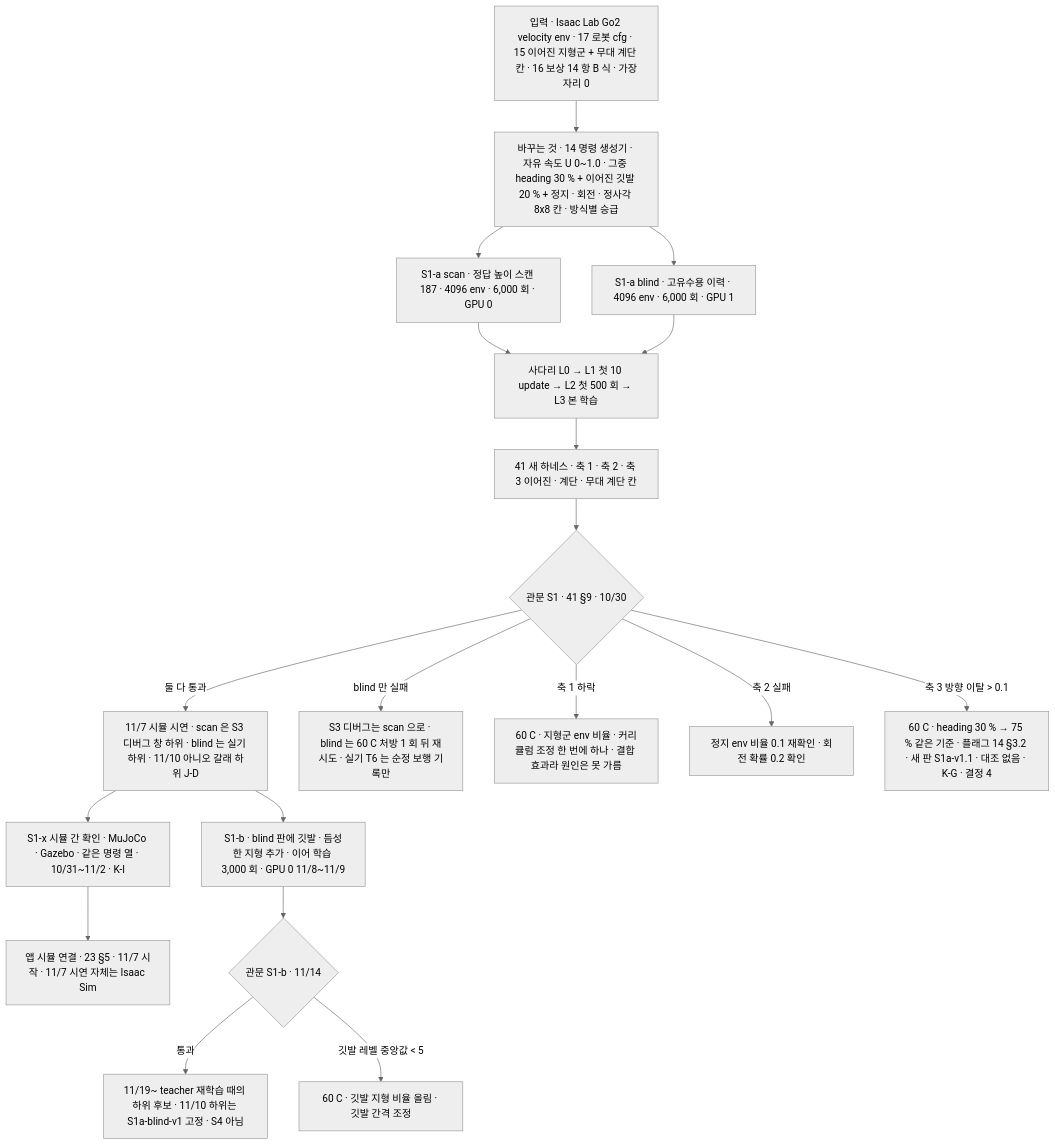
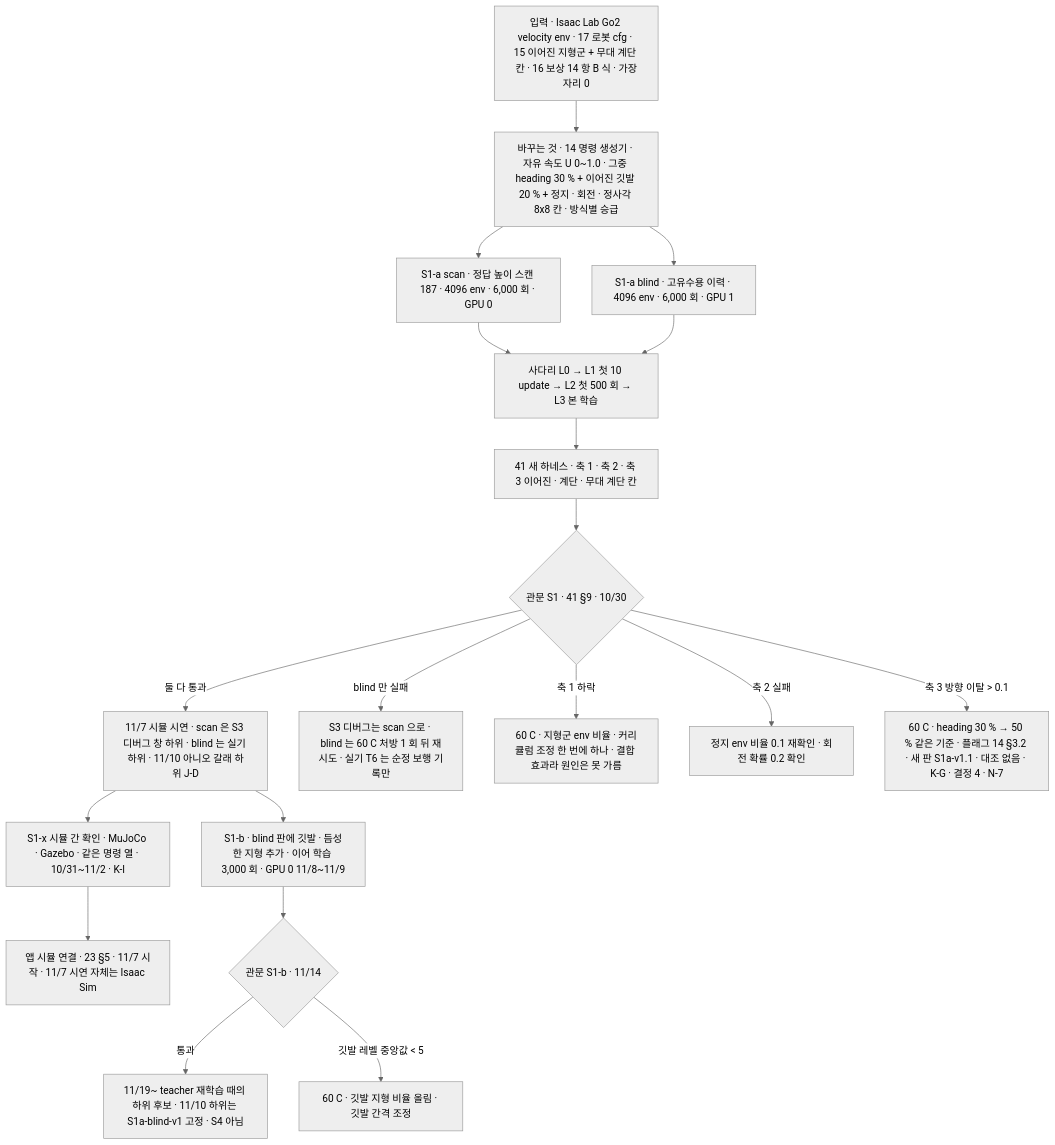
Before and after one commit to foothold-project/foothold-lab: the diagram in inbox/jay/20261019-design/52-S1-OPEN-COMMAND.md, drawn with Mermaid (neutral theme). The commit also changed other lines of this file and 19 other files, not shown here.

````diff
--- a/inbox/jay/20261019-design/52-S1-OPEN-COMMAND.md
+++ b/inbox/jay/20261019-design/52-S1-OPEN-COMMAND.md
@@ -15,21 +15,21 @@
 ```mermaid
 flowchart TB
   IN[입력 · Isaac Lab Go2 velocity env · 17 로봇 cfg · 15 이어진 지형군 + 무대 계단 칸 · 16 보상 14 항 B 식 · 가장자리 0] --> CH[바꾸는 것 · 14 명령 생성기 · 자유 속도 U 0~1.0 · 그중 heading 30 % + 이어진 깃발 20 % + 정지 · 회전 · 정사각 8x8 칸 · 방식별 승급]
   CH --> V1[S1-a scan · 정답 높이 스캔 187 · 4096 env · 6,000 회 · GPU 0]
   CH --> V2[S1-a blind · 고유수용 이력 · 4096 env · 6,000 회 · GPU 1]
   V1 --> L[사다리 L0 → L1 첫 10 update → L2 첫 500 회 → L3 본 학습]
   V2 --> L
   L --> EV[41 새 하네스 · 축 1 · 축 2 · 축 3 이어진 · 계단 · 무대 계단 칸]
   EV --> G{관문 S1 · 41 §9 · 10/30}
   G -->|둘 다 통과| N1[11/7 시뮬 시연 · scan 은 S3 디버그 창 하위 · blind 는 실기 하위 · 11/10 아니오 갈래 하위 J-D]
   G -->|blind 만 실패| N2[S3 디버그는 scan 으로 · blind 는 60 C 처방 1 회 뒤 재시도 · 실기 T6 는 순정 보행 기록만]
   G -->|축 1 하락| C[60 C · 지형군 env 비율 · 커리큘럼 조정 한 번에 하나 · 결합 효과라 원인은 못 가름]
   G -->|축 2 실패| C2[정지 env 비율 0.1 재확인 · 회전 확률 0.2 확인]
-  G -->|축 3 방향 이탈 > 0.1| CH2[60 C · heading 30 % → 75 % 같은 기준 · 플래그 14 §3.2 · 새 판 S1a-v1.1 · 대조 없음 · K-G · 결정 4]
+  G -->|축 3 방향 이탈 > 0.1| CH2[60 C · heading 30 % → 50 % 같은 기준 · 플래그 14 §3.2 · 새 판 S1a-v1.1 · 대조 없음 · K-G · 결정 4 · N-7]
   N1 --> X[S1-x 시뮬 간 확인 · MuJoCo · Gazebo · 같은 명령 열 · 10/31~11/2 · K-I]
   X --> APPS[앱 시뮬 연결 · 23 §5 · 11/7 시작 · 11/7 시연 자체는 Isaac Sim]
   N1 --> B[S1-b · blind 판에 깃발 · 듬성한 지형 추가 · 이어 학습 3,000 회 · GPU 0 11/8~11/9]
   B --> GB{관문 S1-b · 11/14}
   GB -->|통과| S3L[11/19~ teacher 재학습 때의 하위 후보 · 11/10 하위는 S1a-blind-v1 고정 · S4 아님]
   GB -->|깃발 레벨 중앙값 < 5| CB[60 C · 깃발 지형 비율 올림 · 깃발 간격 조정]
 ```
````
